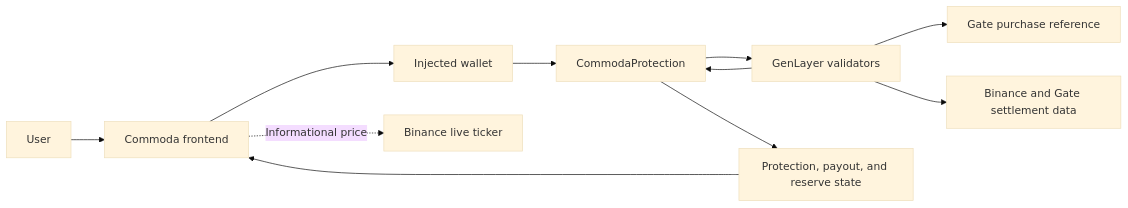
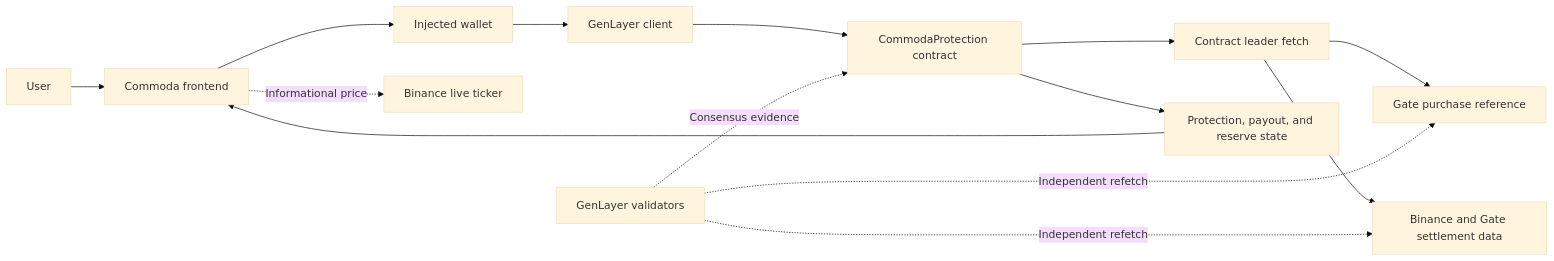
The first of 2 diagrams in README.md (jason4185/commoda), drawn with Mermaid (base theme) before and after one commit. The commit also changed other lines of this file, not shown here.

Commit message:
Finalize Commoda README documentation

````diff
--- a/README.md
+++ b/README.md
@@ -75,13 +75,16 @@
 ```mermaid
 flowchart LR
     User --> Frontend[Commoda frontend]
     Frontend --> Wallet[Injected wallet]
-    Wallet --> Contract[CommodaProtection]
-    Frontend -. Informational price .-> BinanceLive[Binance live ticker]
-    Contract --> Validators[GenLayer validators]
-    Validators --> Gate[Gate purchase reference]
-    Validators --> Sources[Binance and Gate settlement data]
-    Validators --> Contract
+    Wallet --> Client[GenLayer client]
+    Client --> Contract[CommodaProtection contract]
+    Contract --> Leader[Contract leader fetch]
+    Leader --> Gate[Gate purchase reference]
+    Leader --> Sources[Binance and Gate settlement data]
+    Validators[GenLayer validators] -. Independent refetch .-> Gate
+    Validators -. Independent refetch .-> Sources
+    Validators -. Consensus evidence .-> Contract
     Contract --> State[Protection, payout, and reserve state]
     State --> Frontend
+    Frontend -. Informational price .-> Live[Binance live ticker]
 ```
````
